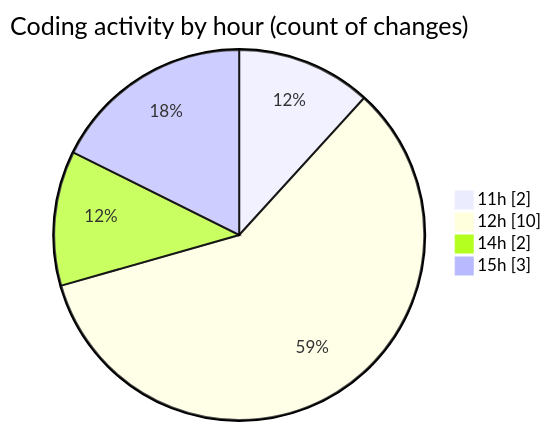
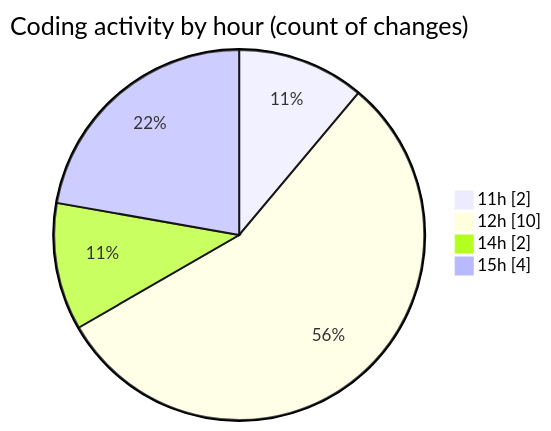
The second of 2 diagrams in 2026-07-13/wp-content/README.md (debugP/code-tracking), drawn with Mermaid before and after one commit. The commit also changed other lines of this file and 1 other file, not shown here.

````diff
--- a/2026-07-13/wp-content/README.md
+++ b/2026-07-13/wp-content/README.md
@@ -30,8 +30,8 @@
 ```mermaid
 pie showData
 title Coding activity by hour (count of changes)
 "11h" : 2
 "12h" : 10
 "14h" : 2
-"15h" : 3
+"15h" : 4
 ```
````
